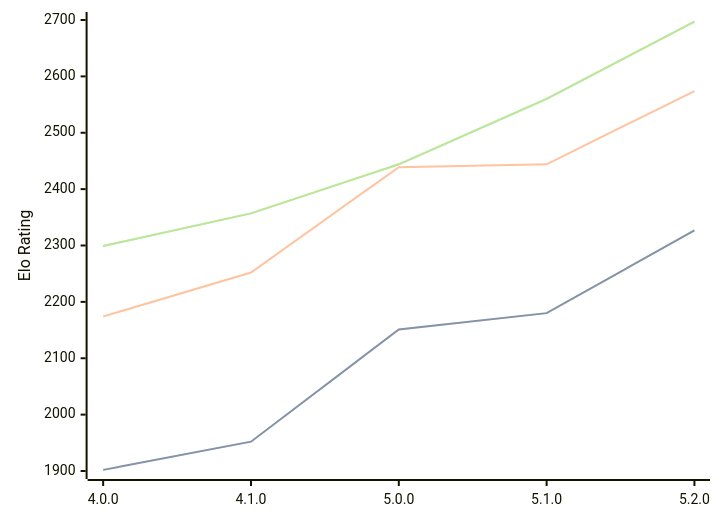
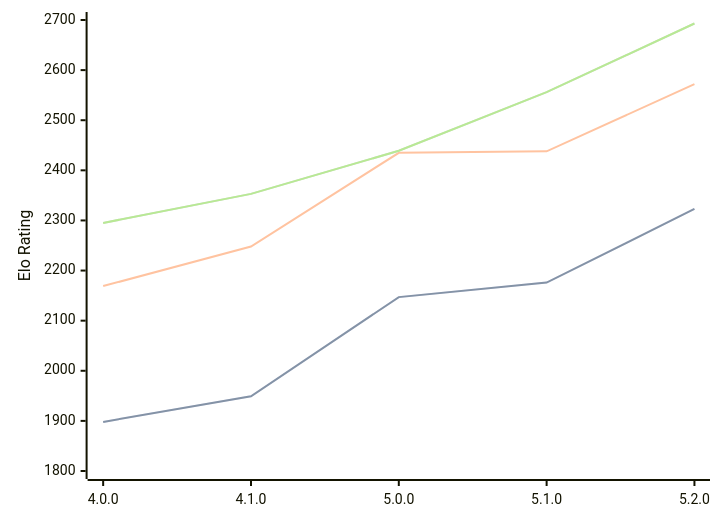
Before and after one commit to computer-chess-index/cci: the third of 3 diagrams in engines/Aconcagua.md, drawn with Mermaid. The commit also changed other lines of this file, not shown here.

Commit message:
Update CCI Ratings (ELO VLTC) - 2026-07-16

````diff
--- a/engines/Aconcagua.md
+++ b/engines/Aconcagua.md
@@ -77,11 +77,11 @@
 ```mermaid
 %%{init: {"theme":"base","themeVariables":{"seriesColors:['#a3a3a3','#222221','#faa371']}}}%%
 xychart-beta
   x-axis ["4.0.0", "4.1.0", "5.0.0", "5.1.0", "5.2.0"]
-  y-axis "Elo Rating" 1900 --> 2700
-  line "STC (8.0+0.08s)" [1902, 1952, 2151, 2180, 2327]
-  line "STC (8.0+0.08s)" [1902, 1952, 2151, 2180, 2327]
-  line "LTC (60.0+0.60s)" [2174, 2252, 2439, 2444, 2574]
-  line "VLTC (2m24s+1.12s)" [2299, 2357, 2444, 2560, 2697]
-  line "VLTC (2m24s+1.12s)" [2299, 2357, 2444, 2560, 2697]
+  y-axis "Elo Rating" 1800 --> 2700
+  line "STC (8.0+0.08s)" [1898, 1949, 2147, 2176, 2323]
+  line "STC (8.0+0.08s)" [1898, 1949, 2147, 2176, 2323]
+  line "LTC (60.0+0.60s)" [2169, 2248, 2435, 2438, 2572]
+  line "VLTC (2m24s+1.12s)" [2295, 2353, 2439, 2556, 2693]
+  line "VLTC (2m24s+1.12s)" [2295, 2353, 2439, 2556, 2693]
 ```
````
